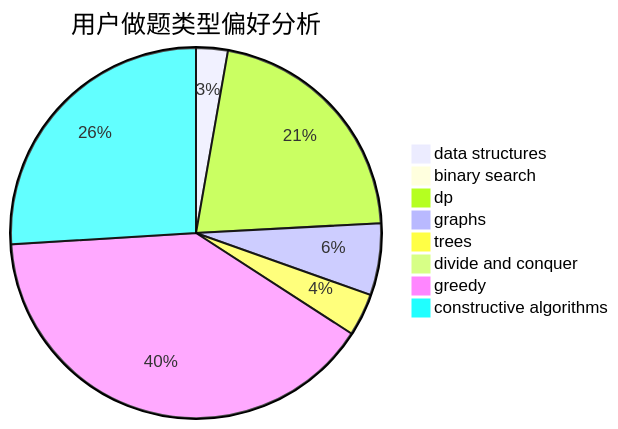
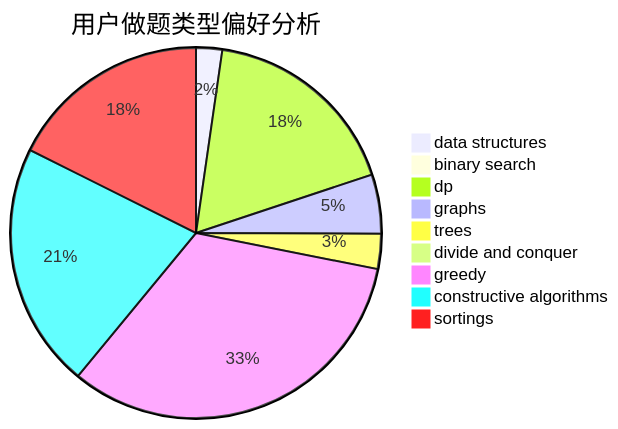
One commit to sherpahu/cfrs.github.io changed the second of 3 diagrams in docs/user/u127.md. Above: the diagram before and after it, drawn with Mermaid. The commit also changed other lines of this file and 2769 other files, not shown here.

````diff
--- a/docs/user/u127.md
+++ b/docs/user/u127.md
@@ -23,11 +18,12 @@
 ```mermaid
 pie title 用户做题类型偏好分析
     "data structures" :  41
     "binary search" :  5
     "dp" :  317
     "graphs" :  93
     "trees" :  55
     "divide and conquer" :  6
     "greedy" :  591
     "constructive algorithms" :  385
+    "sortings" :  317
 ```
````
